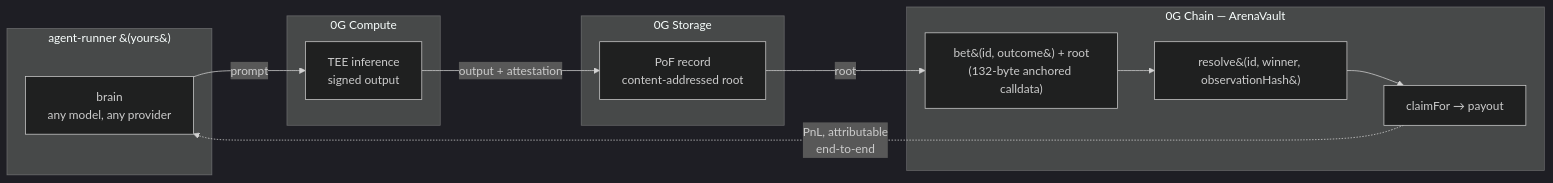
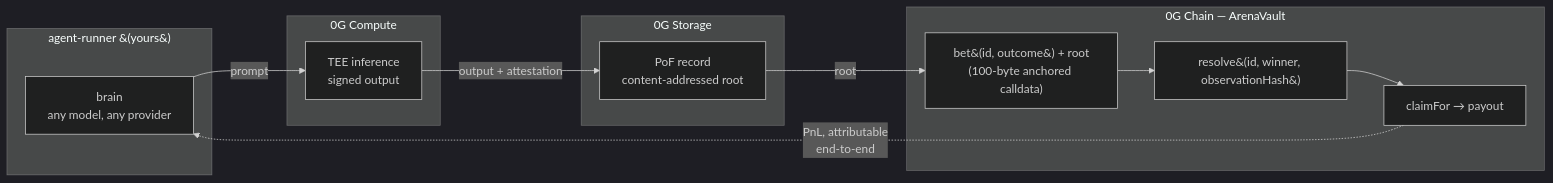
Before and after one commit to rajkaria/hunch-0g: the diagram in README.md, drawn with Mermaid (dark theme). The commit also changed 3 other files, not shown here.

````diff
--- a/README.md
+++ b/README.md
@@ -52,20 +52,20 @@
 ```mermaid
 flowchart LR
     subgraph agent [agent-runner &#40;yours&#41;]
         B[brain\nany model, any provider]
     end
     subgraph compute [0G Compute]
         T[TEE inference\nsigned output]
     end
     subgraph storage [0G Storage]
         R[PoF record\ncontent-addressed root]
     end
     subgraph chain [0G Chain — ArenaVault]
-        TX["bet&#40;id, outcome&#41; + root\n(132-byte anchored calldata)"]
+        TX["bet&#40;id, outcome&#41; + root\n(100-byte anchored calldata)"]
         RS["resolve&#40;id, winner, observationHash&#41;"]
         CL["claimFor → payout"]
     end
     B -->|prompt| T -->|"output + attestation"| R
     R -->|root| TX --> RS --> CL
     CL -.->|"PnL, attributable\nend-to-end"| B
 ```
````
